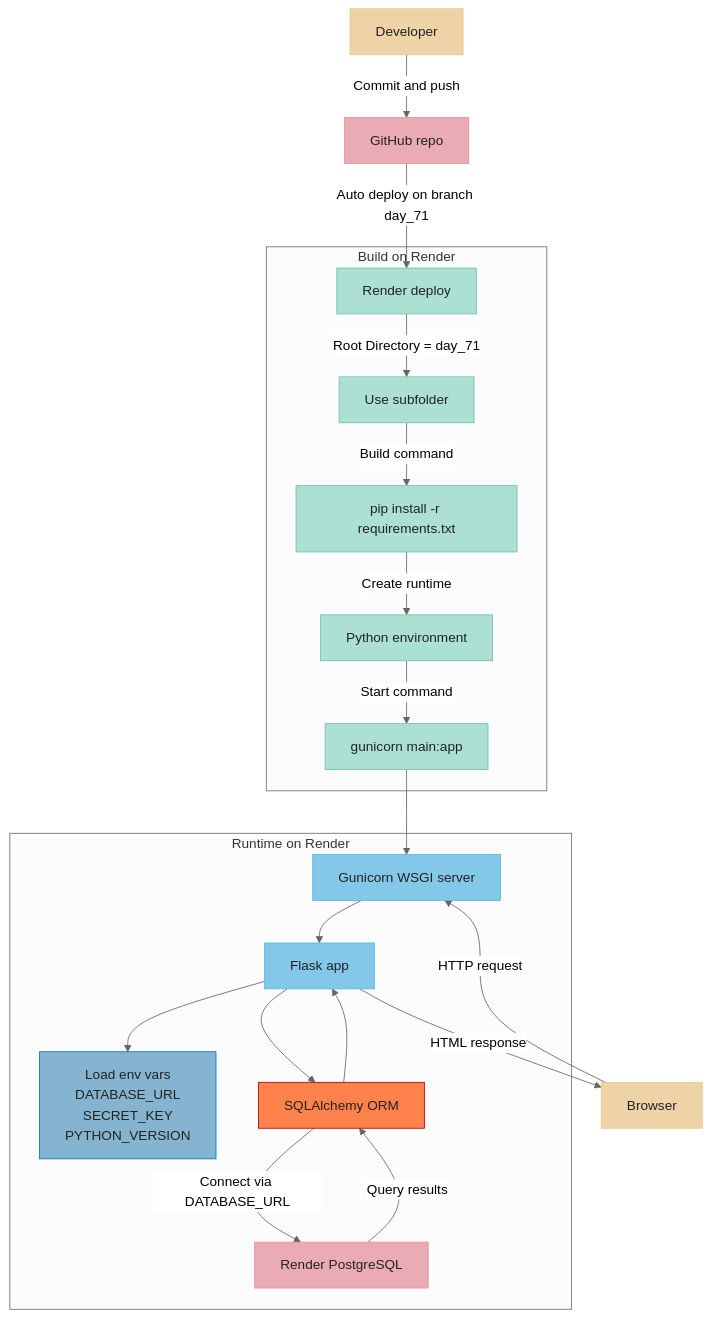
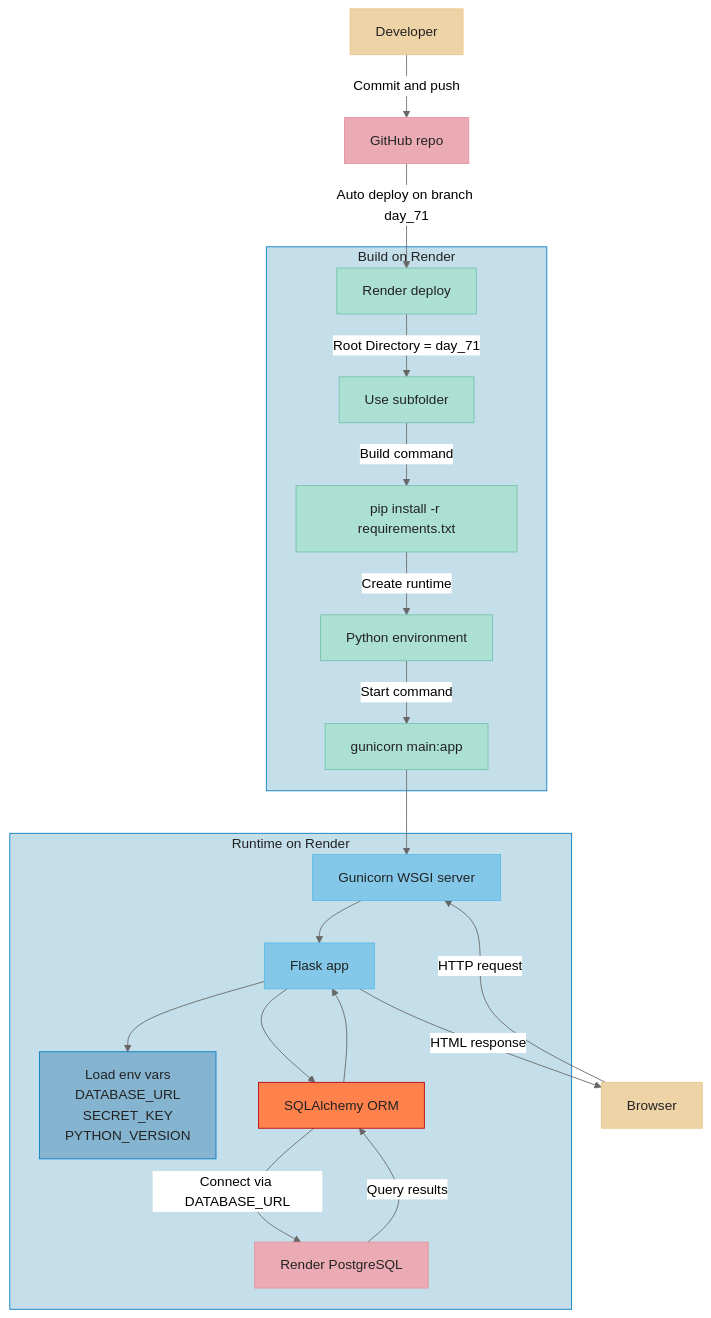
One commit to Zamir29/100-days-of-Python changed the diagram in daily_logs/day_71.md. Above: the diagram before and after it, drawn with Mermaid (neutral theme).

Commit message:
(day_71): forgot classes in the mermaid flowchart

````diff
--- a/daily_logs/day_71.md
+++ b/daily_logs/day_71.md
@@ -94,43 +94,43 @@
 ```mermaid
 graph TD;
     Dev[Developer] -->|Commit and push| GitHub[GitHub repo];
     GitHub -->|Auto deploy on branch day_71| RenderDeploy[Render deploy];
 
-    subgraph Build on Render
+    subgraph BuildPhase["Build on Render"]
         RenderDeploy -->|Root Directory = day_71| RootDir[Use subfolder];
         RootDir -->|Build command| BuildCmd[pip install -r requirements.txt];
         BuildCmd -->|Create runtime| PyEnv[Python environment];
         PyEnv -->|Start command| StartCmd[gunicorn main:app];
     end
 
-    subgraph Runtime on Render
+    subgraph RuntimePhase["Runtime on Render"]
         StartCmd --> Gunicorn[Gunicorn WSGI server];
         Gunicorn --> FlaskApp[Flask app];
         FlaskApp --> Env[Load env vars<br/>DATABASE_URL<br/>SECRET_KEY<br/>PYTHON_VERSION];
         FlaskApp --> ORM[SQLAlchemy ORM];
         ORM -->|Connect via DATABASE_URL| Postgres[Render PostgreSQL];
     end
 
     User[Browser] -->|HTTP request| Gunicorn;
     Postgres -->|Query results| ORM;
     ORM --> FlaskApp;
     FlaskApp -->|HTML response| User;
 
     %% -- Color Style --
     classDef beige fill:#EDD3A6,stroke:#EAC78B,color:#222;
     classDef pink fill:#EBABB5,stroke:#E88F9D,color:#222;
     classDef mint fill:#ABE0D2,stroke:#74C1AD,color:#222;
     classDef blue fill:#83C8E8,stroke:#59BAE6,color:#222;
     classDef deepblue fill:#85B4D0,stroke:#007AC4,color:#222;
     classDef red fill:#FF814B,stroke:#B6000F,color:#222;
     classDef bluelight fill:#c4deea,stroke:#007AC4,color:#222;
 
     class Dev,User beige;
     class GitHub pink;
     class RenderDeploy,RootDir,BuildCmd,PyEnv,StartCmd mint;
     class Gunicorn,FlaskApp blue;
     class Env deepblue;
     class ORM red;
     class Postgres pink;
     class BuildPhase,RuntimePhase bluelight;
 ```
````
